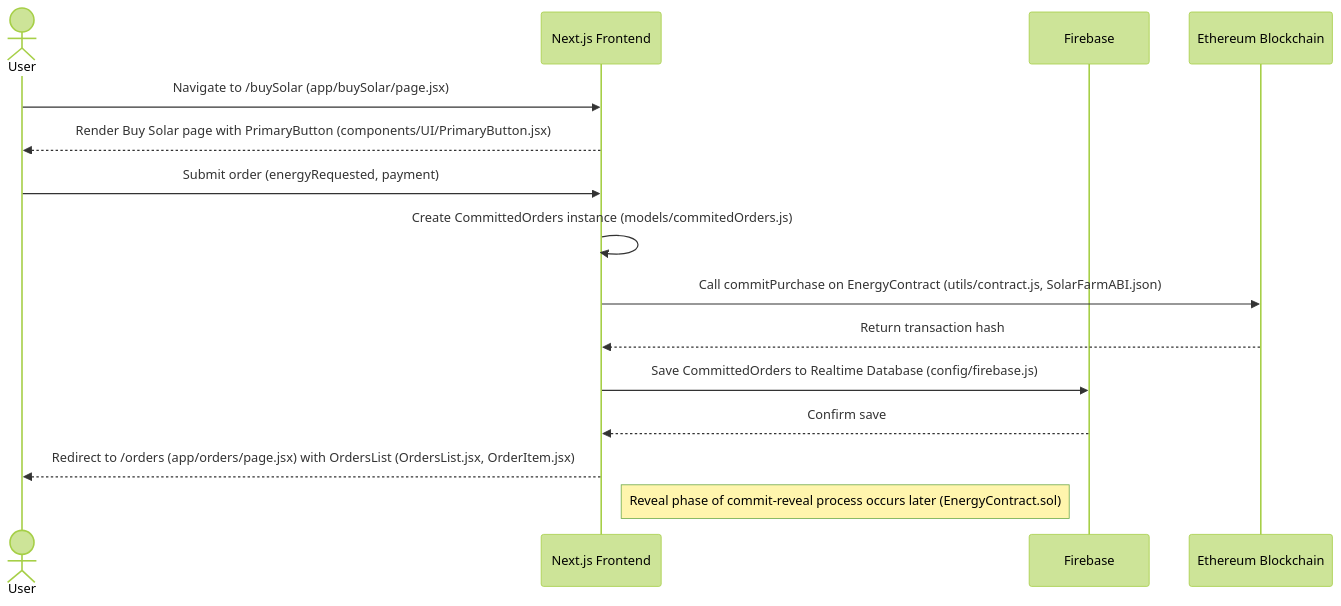
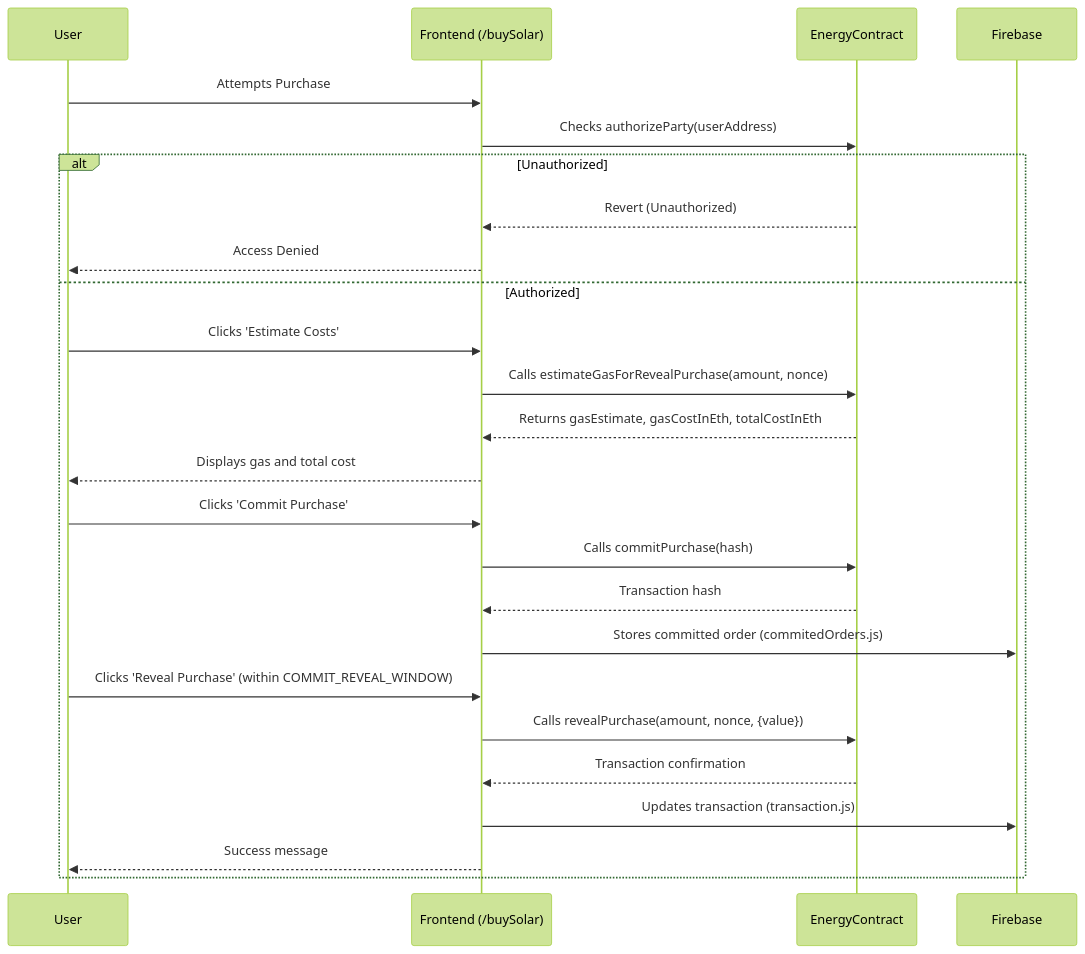
One commit to Link2004tw/quantum-energy-contracts changed the diagram in docs/diagrams/frontend/purchase-energy.mmd. Above: the diagram before and after it, drawn with Mermaid (forest theme). The commit also changed 5 other files, not shown here.

```diff
--- a/docs/diagrams/frontend/purchase-energy.mmd
+++ b/docs/diagrams/frontend/purchase-energy.mmd
@@ -1,17 +1,26 @@
 sequenceDiagram
-    actor U as User
-    participant F as Next.js Frontend
-    participant DB as Firebase
-    participant BC as Ethereum Blockchain
+    participant U as User
+    participant F as Frontend (/buySolar)
+    participant C as EnergyContract
+    participant FB as Firebase
 
-    U->>F: Navigate to /buySolar (app/buySolar/page.jsx)
-    F-->>U: Render Buy Solar page with PrimaryButton (components/UI/PrimaryButton.jsx)
-    U->>F: Submit order (energyRequested, payment)
-    F->>F: Create CommittedOrders instance (models/commitedOrders.js)
-    F->>BC: Call commitPurchase on EnergyContract (utils/contract.js, SolarFarmABI.json)
-    BC-->>F: Return transaction hash
-    F->>DB: Save CommittedOrders to Realtime Database (config/firebase.js)
-    DB-->>F: Confirm save
-    F-->>U: Redirect to /orders (app/orders/page.jsx) with OrdersList (OrdersList.jsx, OrderItem.jsx)
-
-    Note right of F: Reveal phase of commit-reveal process occurs later (EnergyContract.sol)
+    U->>F: Attempts Purchase
+    F->>C: Checks authorizeParty(userAddress)
+    alt Unauthorized
+        C-->>F: Revert (Unauthorized)
+        F-->>U: Access Denied
+    else Authorized
+        U->>F: Clicks 'Estimate Costs'
+        F->>C: Calls estimateGasForRevealPurchase(amount, nonce)
+        C-->>F: Returns gasEstimate, gasCostInEth, totalCostInEth
+        F-->>U: Displays gas and total cost
+        U->>F: Clicks 'Commit Purchase'
+        F->>C: Calls commitPurchase(hash)
+        C-->>F: Transaction hash
+        F->>FB: Stores committed order (commitedOrders.js)
+        U->>F: Clicks 'Reveal Purchase' (within COMMIT_REVEAL_WINDOW)
+        F->>C: Calls revealPurchase(amount, nonce, {value})
+        C-->>F: Transaction confirmation
+        F->>FB: Updates transaction (transaction.js)
+        F-->>U: Success message
+    end
```
